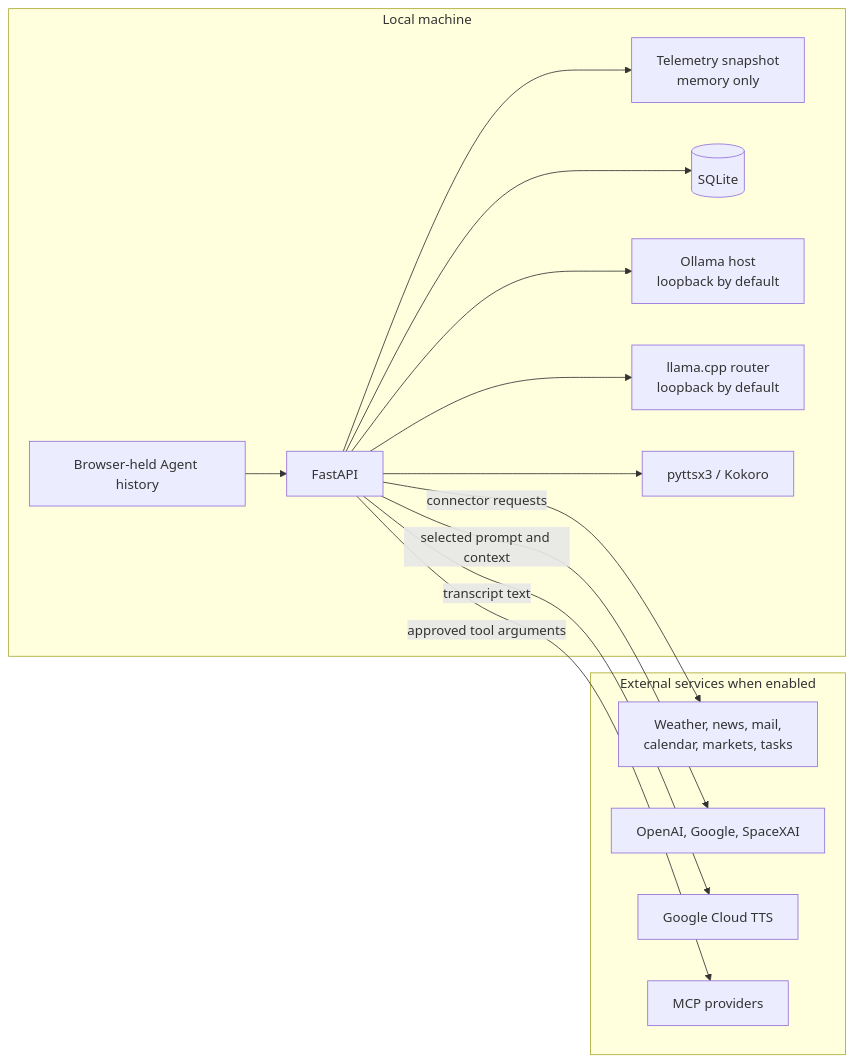
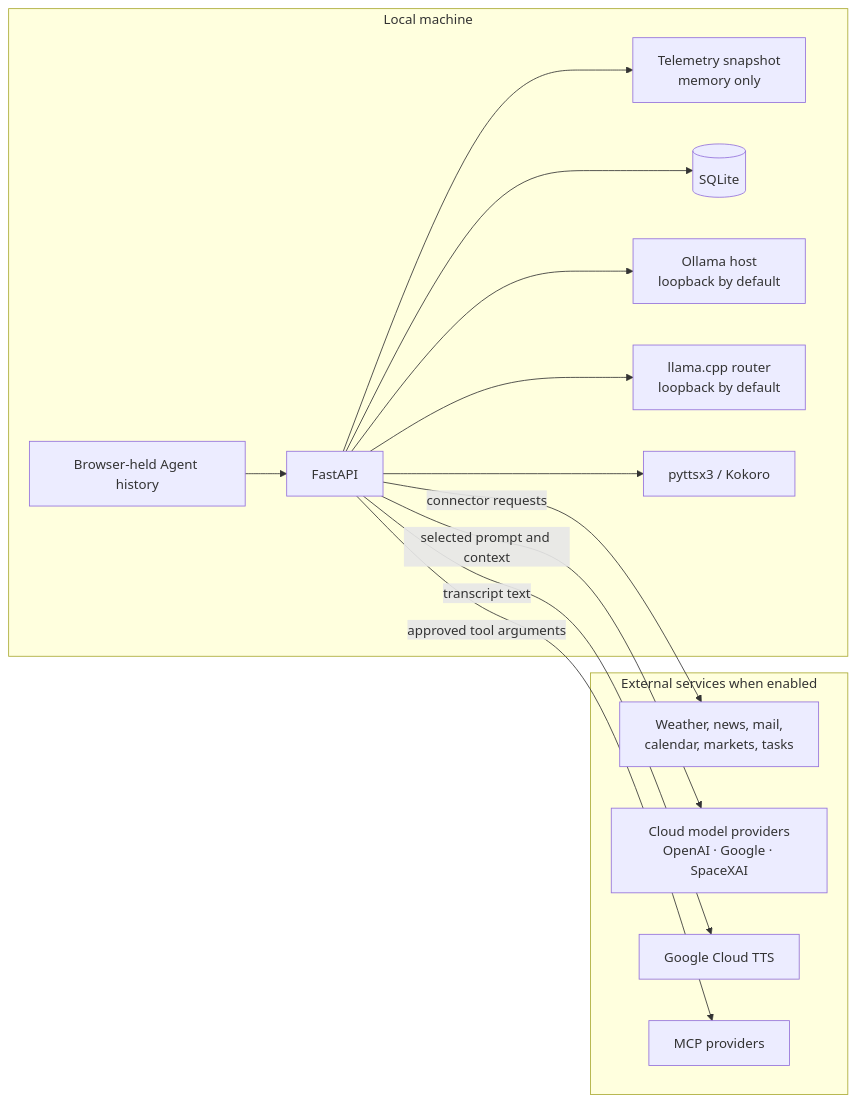
Before and after one commit to edumarcano/APEX: the diagram in docs/privacy.md, drawn with Mermaid. The commit also changed other lines of this file and 27 other files, not shown here.

````diff
--- a/docs/privacy.md
+++ b/docs/privacy.md
@@ -21,33 +21,33 @@
 ```mermaid
 flowchart LR
     subgraph LOCAL["Local machine"]
         BROWSER["Browser-held Agent history"]
         API["FastAPI"]
         SNAPSHOT["Telemetry snapshot<br/>memory only"]
         DB[("SQLite")]
         OLLAMA["Ollama host
 loopback by default"]
         LLAMA["llama.cpp router
 loopback by default"]
         LOCAL_TTS["pyttsx3 / Kokoro"]
 
         BROWSER --> API
         API --> SNAPSHOT
         API --> DB
         API --> OLLAMA
         API --> LLAMA
         API --> LOCAL_TTS
     end
 
     subgraph EXTERNAL["External services when enabled"]
         CONNECTORS["Weather, news, mail,<br/>calendar, markets, tasks"]
-        CLOUD_AGENTS["OpenAI, Google, SpaceXAI"]
+        CLOUD_PROVIDERS["Cloud model providers<br/>OpenAI · Google · SpaceXAI"]
         CLOUD_TTS["Google Cloud TTS"]
         MCP["MCP providers"]
     end
 
     API -->|"connector requests"| CONNECTORS
-    API -->|"selected prompt and context"| CLOUD_AGENTS
+    API -->|"selected prompt and context"| CLOUD_PROVIDERS
     API -->|"transcript text"| CLOUD_TTS
     API -->|"approved tool arguments"| MCP
 ```
````
